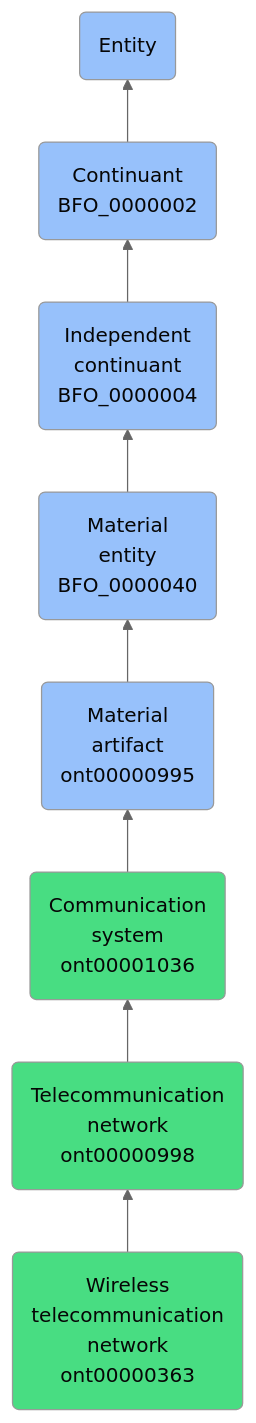
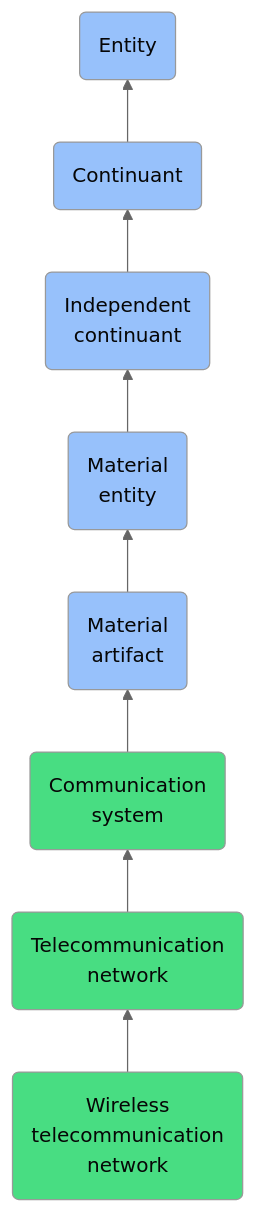
The diagram in docs/ontology/reference/model/Entity/Continuant/Independent continuant/Material entity/Material artifact/Communication system/Telecommunication network/Wireless telecommunication network/Wireless telecommunication network.md (jupyter-naas/abi), drawn with Mermaid (neutral theme) before and after one commit. The commit also changed other lines of this file and 1430 other files, not shown here.

````diff
--- a/docs/ontology/reference/model/Entity/Continuant/Independent continuant/Material entity/Material artifact/Communication system/Telecommunication network/Wireless telecommunication network/Wireless telecommunication network.md
+++ b/docs/ontology/reference/model/Entity/Continuant/Independent continuant/Material entity/Material artifact/Communication system/Telecommunication network/Wireless telecommunication network/Wireless telecommunication network.md
@@ -24,15 +24,15 @@
 ```mermaid
 graph BT
-    ont00000363(Wireless<br>telecommunication<br>network<br>ont00000363):::ABI-->ont00000998
-    ont00000998(Telecommunication<br>network<br>ont00000998):::ABI-->ont00001036
-    ont00001036(Communication<br>system<br>ont00001036):::ABI-->ont00000995
-    ont00000995(Material<br>artifact<br>ont00000995):::BFO-->BFO_0000040
-    BFO_0000040(Material<br>entity<br>BFO_0000040):::BFO-->BFO_0000004
-    BFO_0000004(Independent<br>continuant<br>BFO_0000004):::BFO-->BFO_0000002
-    BFO_0000002(Continuant<br>BFO_0000002):::BFO-->BFO_0000001
+    ont00000363(Wireless<br>telecommunication<br>network):::ABI-->ont00000998
+    ont00000998(Telecommunication<br>network):::ABI-->ont00001036
+    ont00001036(Communication<br>system):::ABI-->ont00000995
+    ont00000995(Material<br>artifact):::BFO-->BFO_0000040
+    BFO_0000040(Material<br>entity):::BFO-->BFO_0000004
+    BFO_0000004(Independent<br>continuant):::BFO-->BFO_0000002
+    BFO_0000002(Continuant):::BFO-->BFO_0000001
     BFO_0000001(Entity):::BFO
     
     classDef BFO fill:#97c1fb,color:#060606
     classDef CCO fill:#e4c51e,color:#060606
     classDef ABI fill:#48DD82,color:#060606
 ```
````
